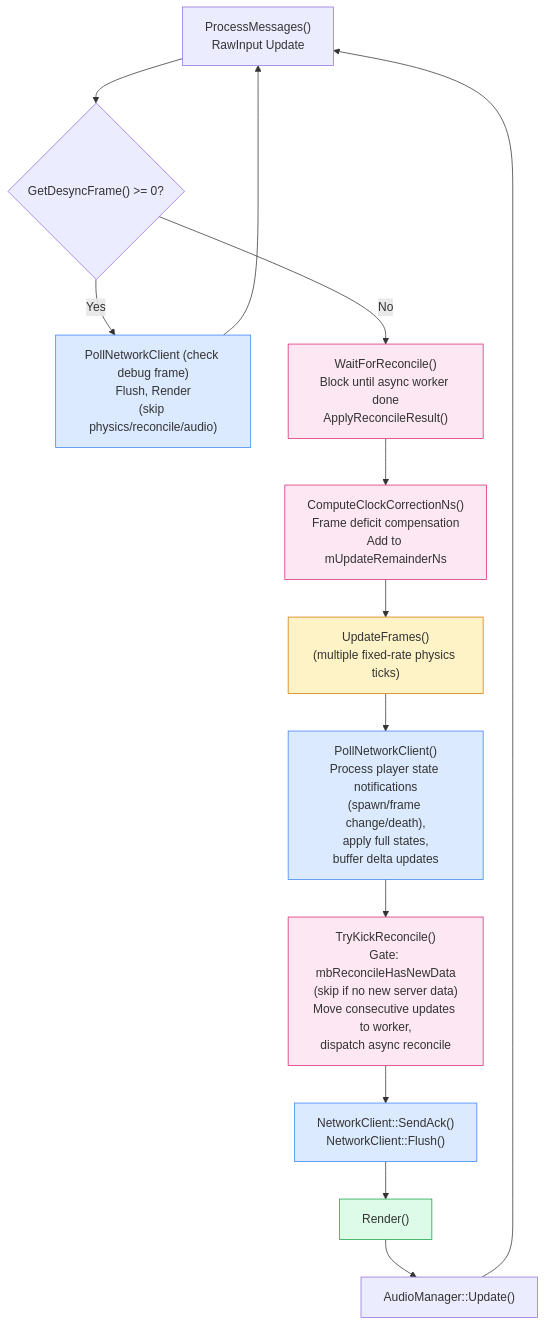
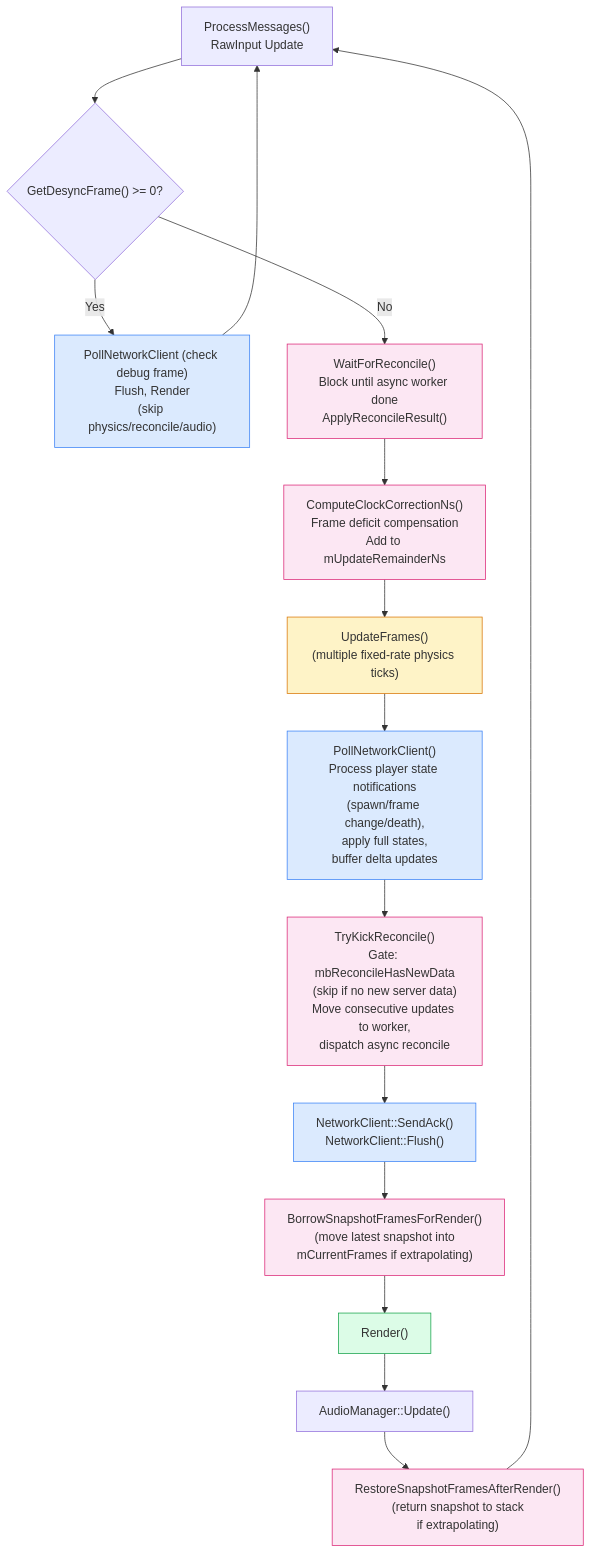
Before and after one commit to DougTanner/BrokenEnginePublic: the third of 4 diagrams in Documents/Architecture/GameReconciliation.md, drawn with Mermaid. The commit also changed other lines of this file and 11 other files, not shown here.

````diff
--- a/Documents/Architecture/GameReconciliation.md
+++ b/Documents/Architecture/GameReconciliation.md
@@ -73,32 +73,36 @@
 ```mermaid
 %%{init: {'theme': 'default'}}%%
 flowchart TD
     classDef network fill:#dbeafe,stroke:#3b82f6
     classDef physics fill:#fef3c7,stroke:#d97706
     classDef render fill:#dcfce7,stroke:#16a34a
     classDef reconcile fill:#fce7f3,stroke:#db2777
 
     MSG["ProcessMessages()<br/>RawInput Update"] --> DESYNC_CHECK
 
     DESYNC_CHECK{"GetDesyncFrame() >= 0?"}
     DESYNC_CHECK -->|"Yes"| DEBUG_PATH["PollNetworkClient (check debug frame)<br/>Flush, Render<br/>(skip physics/reconcile/audio)"]:::network
     DEBUG_PATH --> MSG
 
     DESYNC_CHECK -->|"No"| WAIT["WaitForReconcile()<br/>Block until async worker done<br/>ApplyReconcileResult()"]:::reconcile
 
     WAIT --> CLOCK["ComputeClockCorrectionNs()<br/>Frame deficit compensation<br/>Add to mUpdateRemainderNs"]:::reconcile
 
     CLOCK --> PHYSICS["UpdateFrames()<br/>(multiple fixed-rate physics ticks)"]:::physics
 
     PHYSICS --> POLL["PollNetworkClient()<br/>Process player state notifications<br/>(spawn/frame change/death),<br/>apply full states,<br/>buffer delta updates"]:::network
 
     POLL --> KICK["TryKickReconcile()<br/>Gate: mbReconcileHasNewData<br/>(skip if no new server data)<br/>Move consecutive updates to worker,<br/>dispatch async reconcile"]:::reconcile
 
     KICK --> SEND["NetworkClient::SendAck()<br/>NetworkClient::Flush()"]:::network
 
-    SEND --> RENDER["Render()"]:::render
+    SEND --> BORROW["BorrowSnapshotFramesForRender()<br/>(move latest snapshot into<br/>mCurrentFrames if extrapolating)"]:::reconcile
+
+    BORROW --> RENDER["Render()"]:::render
 
     RENDER --> AUDIO["AudioManager::Update()"]
 
-    AUDIO --> MSG
+    AUDIO --> RESTORE["RestoreSnapshotFramesAfterRender()<br/>(return snapshot to stack<br/>if extrapolating)"]:::reconcile
+
+    RESTORE --> MSG
 ```
````
